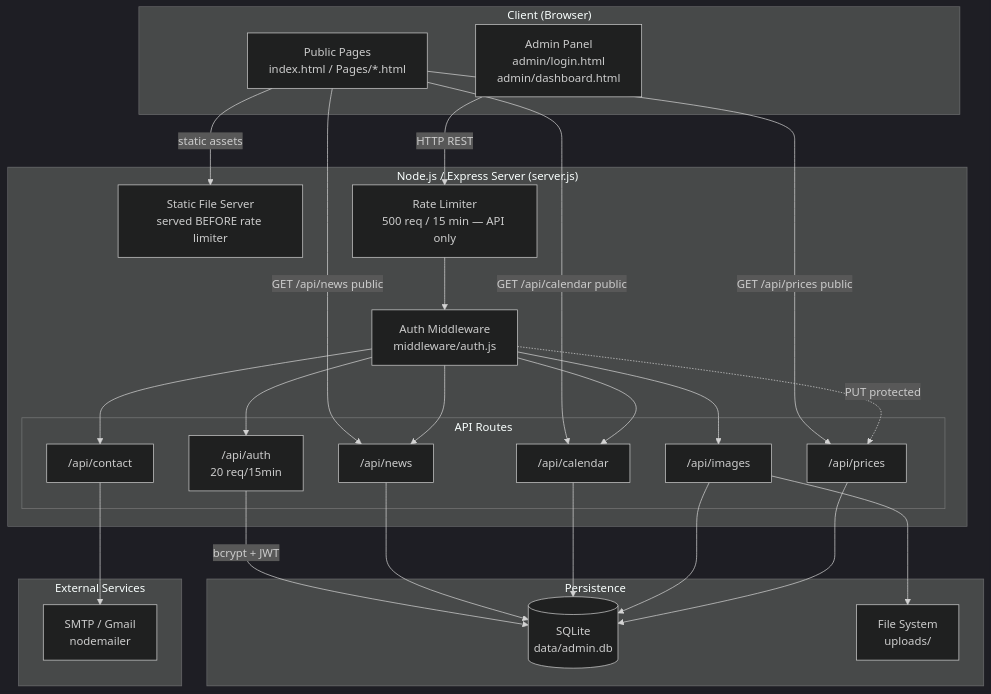
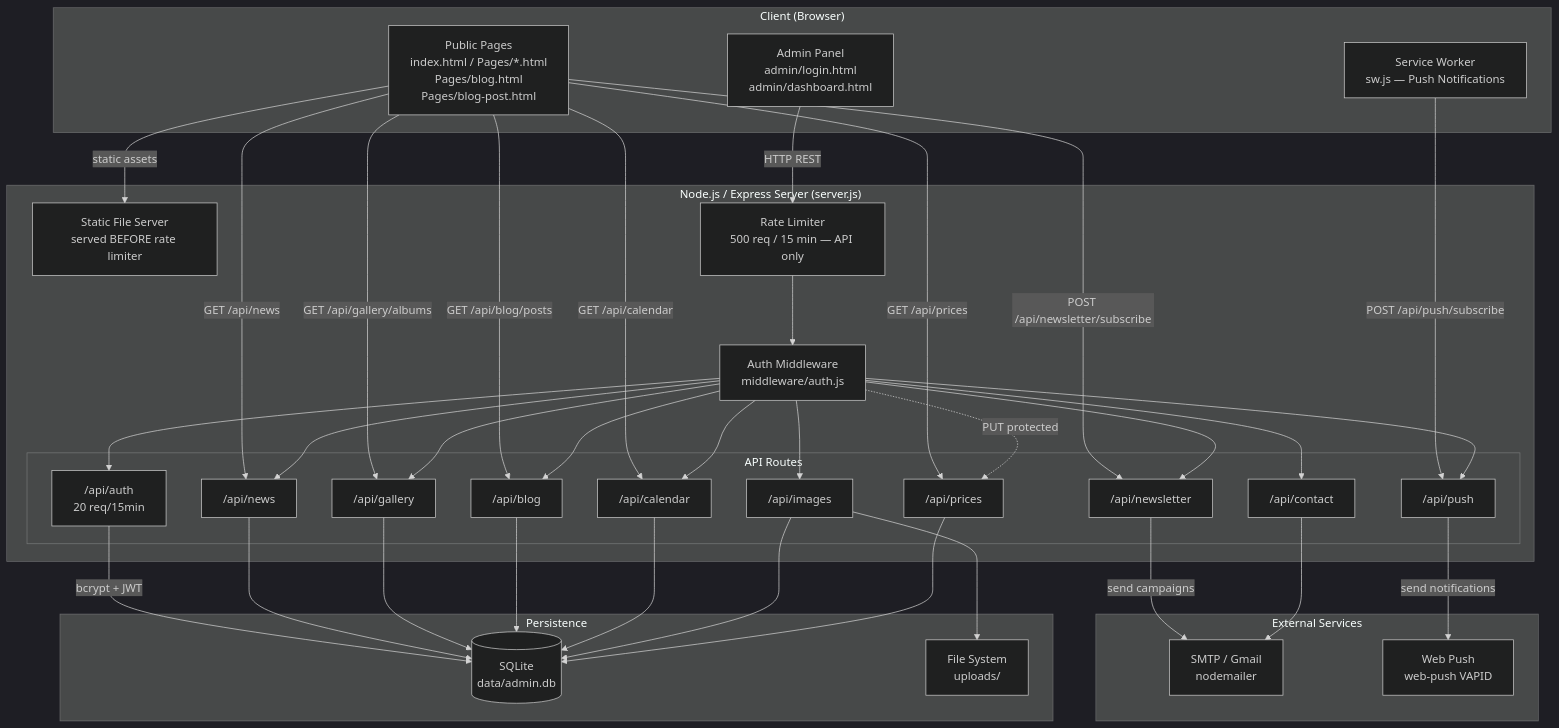
The first of 4 diagrams in Docs/Architecture.md (aairom/ajj-clone), drawn with Mermaid (dark theme) before and after one commit. The commit also changed 4 other files, not shown here.

````diff
--- a/Docs/Architecture.md
+++ b/Docs/Architecture.md
@@ -5,52 +5,70 @@
 ```mermaid
 graph TB
     subgraph Client["Client (Browser)"]
-        PUB[Public Pages<br/>index.html / Pages/*.html]
+        PUB[Public Pages<br/>index.html / Pages/*.html<br/>Pages/blog.html<br/>Pages/blog-post.html]
         ADM[Admin Panel<br/>admin/login.html<br/>admin/dashboard.html]
+        SW[Service Worker<br/>sw.js — Push Notifications]
     end
 
     subgraph Server["Node.js / Express Server (server.js)"]
         STATIC[Static File Server<br/>served BEFORE rate limiter]
         RL[Rate Limiter<br/>500 req / 15 min — API only]
         AUTH_MW[Auth Middleware<br/>middleware/auth.js]
 
         subgraph Routes["API Routes"]
             R_AUTH["/api/auth<br/>20 req/15min"]
             R_NEWS["/api/news"]
             R_CAL["/api/calendar"]
             R_CONTACT["/api/contact"]
             R_IMG["/api/images"]
             R_PRC["/api/prices"]
+            R_NL["/api/newsletter"]
+            R_GAL["/api/gallery"]
+            R_PUSH["/api/push"]
+            R_BLOG["/api/blog"]
         end
     end
 
     subgraph Storage["Persistence"]
         DB[(SQLite<br/>data/admin.db)]
         FS[File System<br/>uploads/]
     end
 
     subgraph External["External Services"]
         SMTP[SMTP / Gmail<br/>nodemailer]
+        WEBPUSH[Web Push<br/>web-push VAPID]
     end
 
     PUB -->|static assets| STATIC
-    PUB -->|GET /api/news public| R_NEWS
-    PUB -->|GET /api/calendar public| R_CAL
-    PUB -->|GET /api/prices public| R_PRC
+    PUB -->|GET /api/news | R_NEWS
+    PUB -->|GET /api/calendar | R_CAL
+    PUB -->|GET /api/prices | R_PRC
+    PUB -->|GET /api/gallery/albums | R_GAL
+    PUB -->|GET /api/blog/posts | R_BLOG
+    PUB -->|POST /api/newsletter/subscribe | R_NL
+    SW -->|POST /api/push/subscribe | R_PUSH
     ADM -->|HTTP REST| RL
     RL --> AUTH_MW
     AUTH_MW --> R_AUTH
     AUTH_MW --> R_NEWS
     AUTH_MW --> R_CAL
     AUTH_MW --> R_CONTACT
     AUTH_MW --> R_IMG
     AUTH_MW -.->|PUT protected| R_PRC
+    AUTH_MW --> R_NL
+    AUTH_MW --> R_GAL
+    AUTH_MW --> R_PUSH
+    AUTH_MW --> R_BLOG
 
     R_AUTH -->|bcrypt + JWT| DB
     R_NEWS --> DB
+    R_NL -->|send campaigns| SMTP
+    R_PUSH -->|send notifications| WEBPUSH
+    R_GAL --> DB
+    R_BLOG --> DB
     R_CAL --> DB
     R_IMG --> DB
     R_PRC --> DB
     R_IMG --> FS
     R_CONTACT --> SMTP
 ```
````
